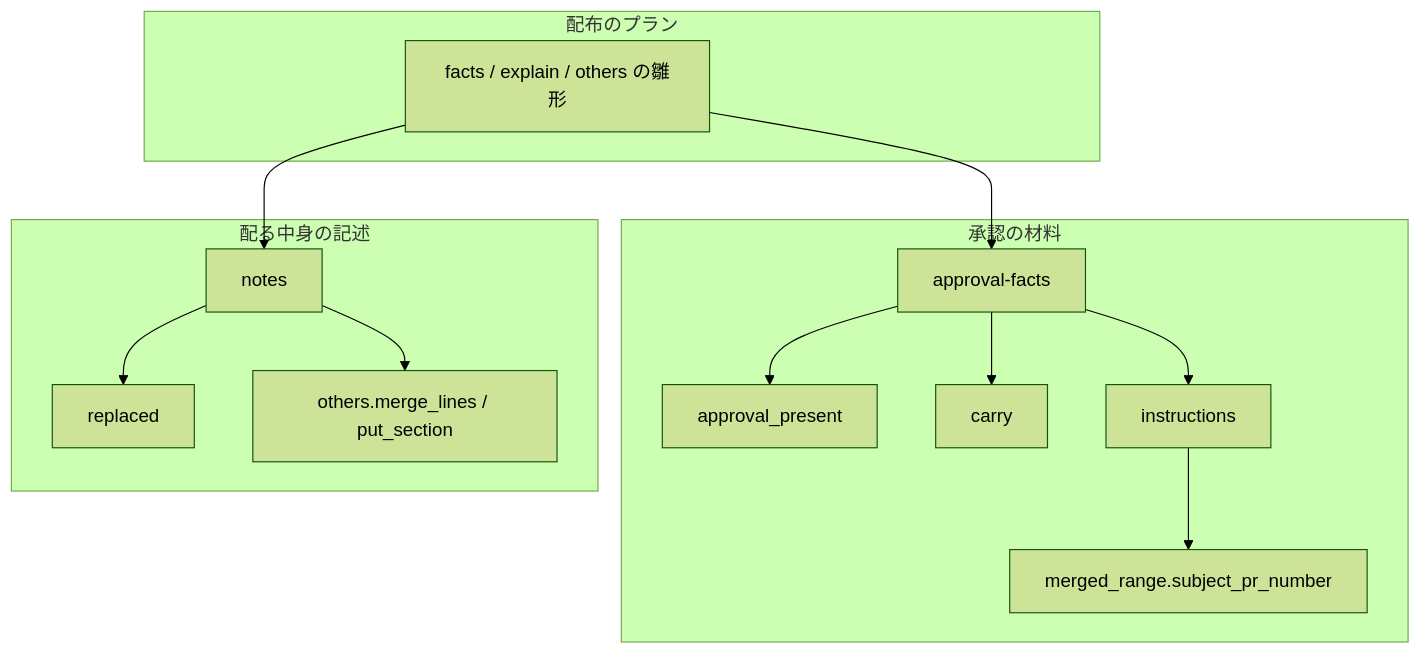
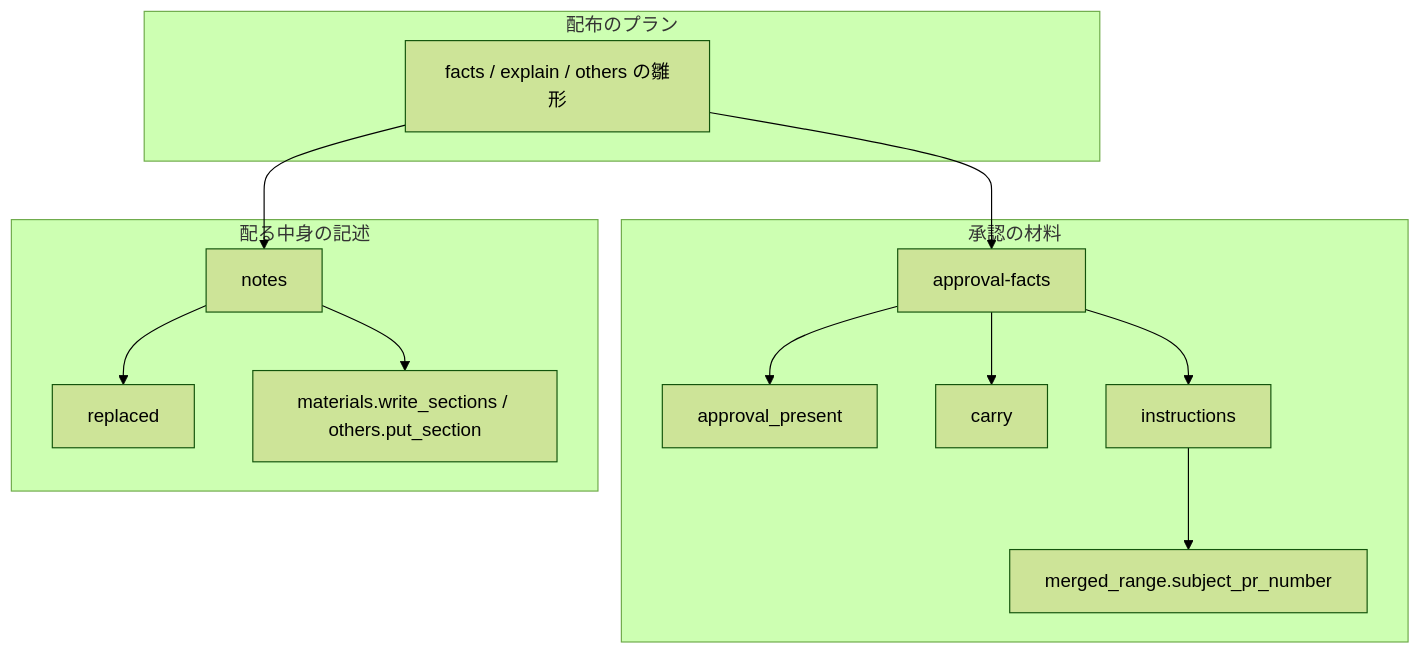
One commit to devbasex/ai-plugins changed the first of 2 diagrams in docs/specifications/ndf-release-approval-rebuild-and-replacements.md. Above: the diagram before and after it, drawn with Mermaid (forest theme). The commit also changed other lines of this file and 1 other file, not shown here.

````diff
--- a/docs/specifications/ndf-release-approval-rebuild-and-replacements.md
+++ b/docs/specifications/ndf-release-approval-rebuild-and-replacements.md
@@ -117,26 +117,26 @@
 ```mermaid
 graph TD
     subgraph 配布のプラン
         T[facts / explain / others の雛形]
     end
     subgraph 承認の材料
         AF[approval-facts]
         AP[approval_present]
         CA[carry]
         IN[instructions]
         MR[merged_range.subject_pr_number]
     end
     subgraph 配る中身の記述
         NO[notes]
         RP[replaced]
-        PS[others.merge_lines / put_section]
+        PS[materials.write_sections / others.put_section]
     end
     T --> AF
     T --> NO
     AF --> AP
     AF --> CA
     AF --> IN
     IN --> MR
     NO --> RP
     NO --> PS
 ```
````
